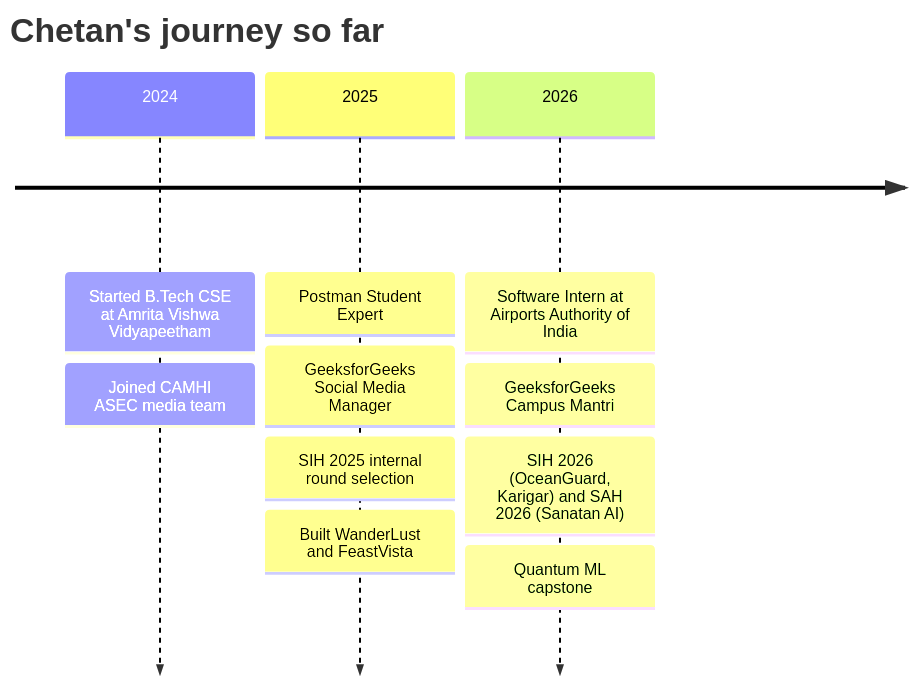
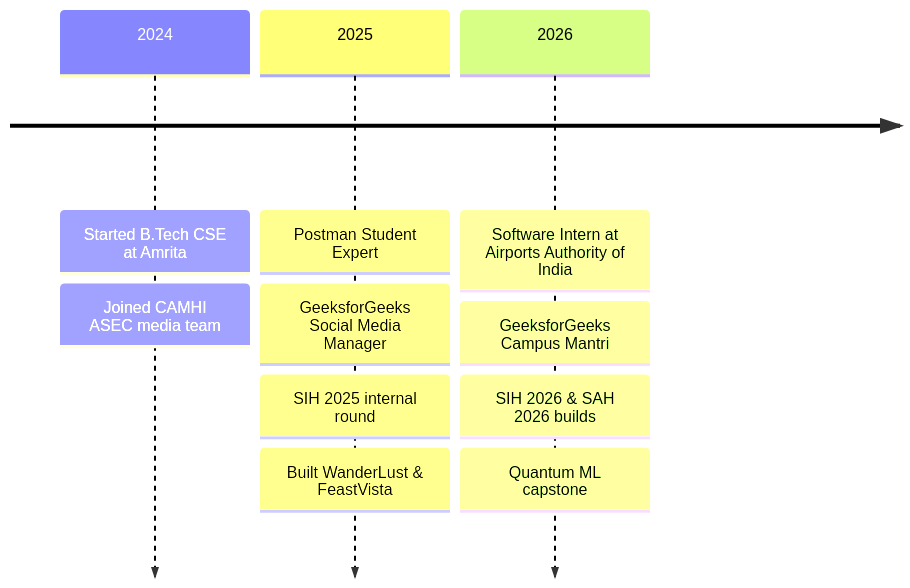
One commit to Chetan-Kumar-G/Chetan-Kumar-G changed the diagram in README.md. Above: the diagram before and after it, drawn with Mermaid. The commit also changed other lines of this file, not shown here.

````diff
--- a/README.md
+++ b/README.md
@@ -188,14 +245,13 @@
 ```mermaid
 timeline
-    title Chetan's journey so far
-    2024 : Started B.Tech CSE at Amrita Vishwa Vidyapeetham
+    2024 : Started B.Tech CSE at Amrita
          : Joined CAMHI ASEC media team
     2025 : Postman Student Expert
          : GeeksforGeeks Social Media Manager
-         : SIH 2025 internal round selection
-         : Built WanderLust and FeastVista
+         : SIH 2025 internal round
+         : Built WanderLust & FeastVista
     2026 : Software Intern at Airports Authority of India
          : GeeksforGeeks Campus Mantri
-         : SIH 2026 (OceanGuard, Karigar) and SAH 2026 (Sanatan AI)
+         : SIH 2026 & SAH 2026 builds
          : Quantum ML capstone
 ```
````
